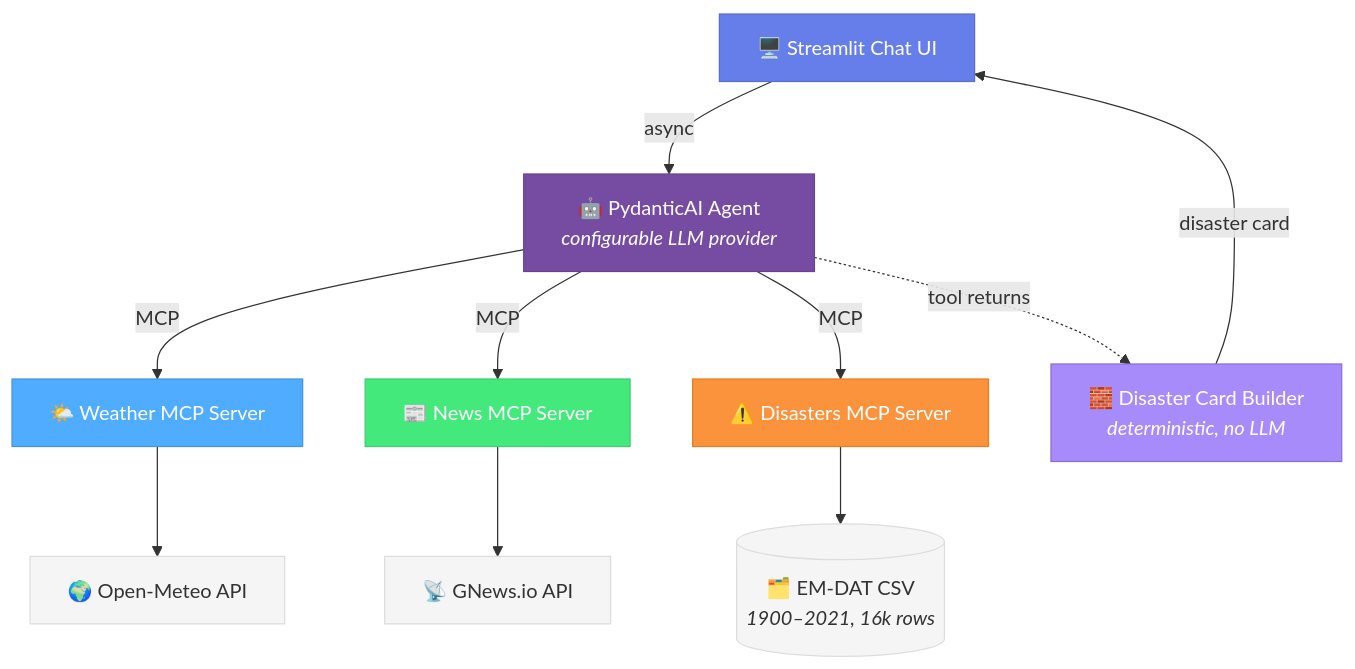
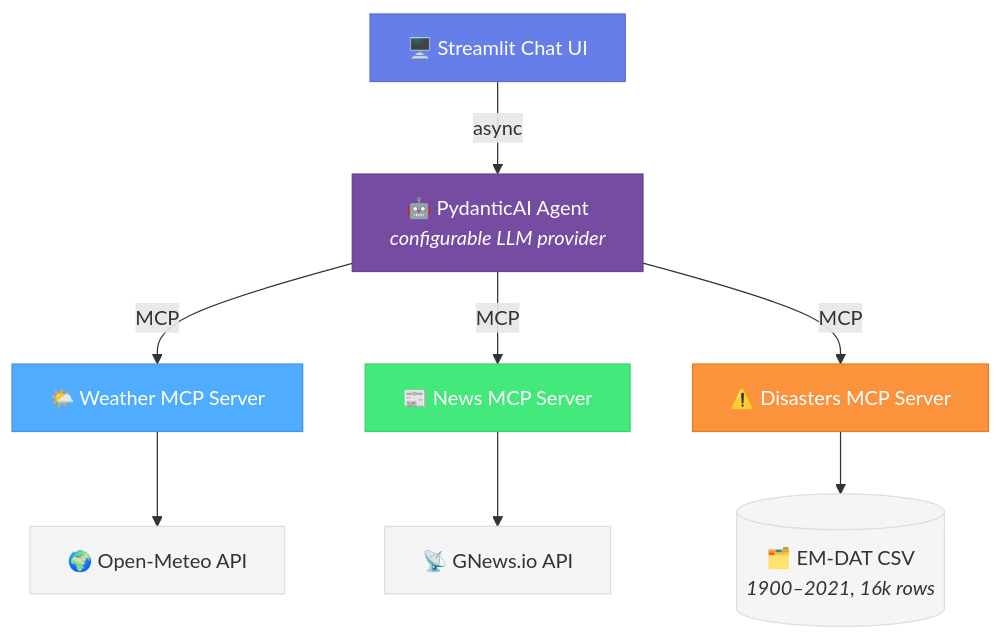
The diagram in README.md (oginskis/weatherwise), drawn with Mermaid before and after one commit. The commit also changed 1 other file, not shown here.

Commit message:
docs: drop disaster-card-builder node from architecture diagram
The diagram previously had a separate "Disaster Card Builder" node off
to the side of the agent, which made the architecture look asymmetric:
weather and news flowed straight UI -> Agent -> MCP, but disasters had
an extra deterministic-construction step in the picture.

The card-builder is still real (src/agent/disaster_card.py) and still
runs deterministically — that's not changing. But it's an
implementation detail of the agent's response flow, not a separate
service node, and putting it in the diagram alongside the MCPs implied
otherwise. The README's "Hallucination-resistant disaster card" prose
explains the actual mechanism for readers who want it.

Same edit applied to CLAUDE.md (which carries the same diagram).

````diff
--- a/README.md
+++ b/README.md
@@ -11,32 +11,28 @@
 ```mermaid
 graph TD
     UI["🖥️ Streamlit Chat UI"]
     Agent["🤖 PydanticAI Agent<br/><i>configurable LLM provider</i>"]
     WeatherMCP["🌤️ Weather MCP Server"]
     NewsMCP["📰 News MCP Server"]
     DisastersMCP["⚠️ Disasters MCP Server"]
     OpenMeteo["🌍 Open-Meteo API"]
     GNews["📡 GNews.io API"]
     EMDAT[("🗂️ EM-DAT CSV<br/><i>1900–2021, 16k rows</i>")]
-    CardBuilder["🧱 Disaster Card Builder<br/><i>deterministic, no LLM</i>"]
 
     UI -->|async| Agent
     Agent -->|MCP| WeatherMCP
     Agent -->|MCP| NewsMCP
     Agent -->|MCP| DisastersMCP
     WeatherMCP --> OpenMeteo
     NewsMCP --> GNews
     DisastersMCP --> EMDAT
-    Agent -.tool returns.-> CardBuilder
-    CardBuilder -->|disaster card| UI
 
     style UI fill:#667eea,stroke:#5a6fd6,color:#fff
     style Agent fill:#764ba2,stroke:#6a4292,color:#fff
     style WeatherMCP fill:#4facfe,stroke:#4495e6,color:#fff
     style NewsMCP fill:#43e97b,stroke:#3cd06e,color:#fff
     style DisastersMCP fill:#fb923c,stroke:#ea7c20,color:#fff
-    style CardBuilder fill:#a78bfa,stroke:#8b6fd6,color:#fff
     style OpenMeteo fill:#f5f5f5,stroke:#ddd,color:#333
     style GNews fill:#f5f5f5,stroke:#ddd,color:#333
     style EMDAT fill:#f5f5f5,stroke:#ddd,color:#333
 ```
````
